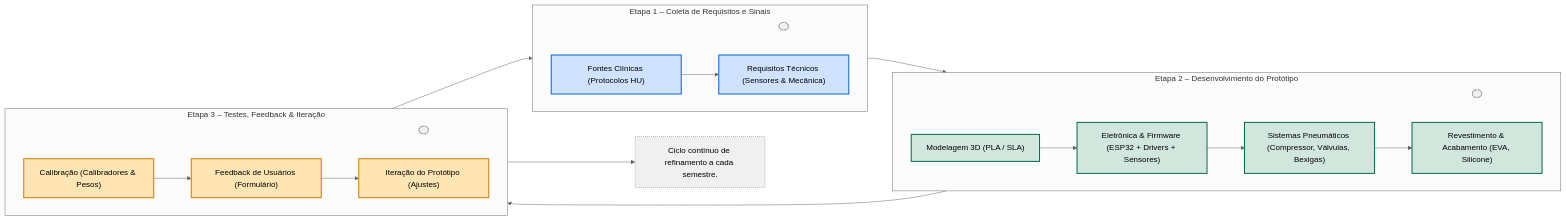
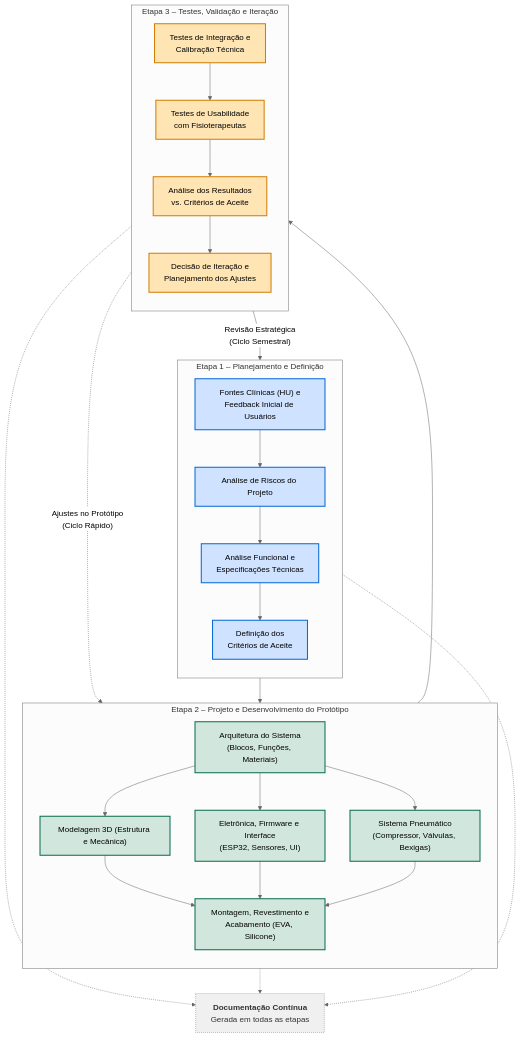
One commit to gwassem/simulator-respiratorio-UH-MEIU-PG changed the diagram in assets/framework.mermaid. Above: the diagram before and after it, drawn with Mermaid (neutral theme).

Commit message:
Framework Adjustments

```diff
--- a/assets/framework.mermaid
+++ b/assets/framework.mermaid
@@ -1,46 +1,54 @@
-flowchart LR
-  %% Definição de Estilos
-  classDef blue fill:#cfe2ff,stroke:#0366d6,stroke-width:2px;
-  classDef green fill:#d1e7dd,stroke:#046b4c,stroke-width:2px;
-  classDef orange fill:#ffe5b4,stroke:#d17b00,stroke-width:2px;
-  classDef gray fill:#f0f0f0,stroke:#888888,stroke-width:1px,stroke-dasharray: 2 2;
+flowchart TD
+  %% --- Definição de Estilos ---
+  classDef etapa1 fill:#cfe2ff,stroke:#0366d6,stroke-width:2px,color:#000;
+  classDef etapa2 fill:#d1e7dd,stroke:#046b4c,stroke-width:2px,color:#000;
+  classDef etapa3 fill:#ffe5b4,stroke:#d17b00,stroke-width:2px,color:#000;
+  classDef note fill:#f0f0f0,stroke:#888888,stroke-width:1px,stroke-dasharray: 2 2,color:#333;
 
-  %% Espaçadores para evitar sobreposição de títulos
-  subgraph "Etapa 1 – Coleta de Requisitos e Sinais"
-    direction LR
-    spacer1([ ]):::gray
-    A1["Fontes Clínicas (Protocolos HU)"]:::blue
-    A2["Requisitos Técnicos (Sensores & Mecânica)"]:::blue
+  %% --- Etapa 1: Planejamento e Definição ---
+  subgraph "Etapa 1 – Planejamento e Definição"
+    direction TB
+    A1["Fontes Clínicas (HU) e<br>Feedback Inicial de Usuários"]:::etapa1
+    A2["Análise de Riscos do Projeto"]:::etapa1
+    A3["Análise Funcional e<br>Especificações Técnicas"]:::etapa1
+    A4["Definição dos<br>Critérios de Aceite"]:::etapa1
   end
 
-  subgraph "Etapa 2 – Desenvolvimento do Protótipo"
-    direction LR
-    spacer2([ ]):::gray
-    B1["Modelagem 3D (PLA / SLA)"]:::green
-    B2["Eletrônica & Firmware (ESP32 + Drivers + Sensores)"]:::green
-    B3["Sistemas Pneumáticos (Compressor, Válvulas, Bexigas)"]:::green
-    B4["Revestimento & Acabamento (EVA, Silicone)"]:::green
+  %% --- Etapa 2: Projeto e Desenvolvimento ---
+  subgraph "Etapa 2 – Projeto e Desenvolvimento do Protótipo"
+    direction TB
+    B1["Arquitetura do Sistema<br>(Blocos, Funções, Materiais)"]:::etapa2
+    B2["Modelagem 3D (Estrutura e Mecânica)"]:::etapa2
+    B3["Eletrônica, Firmware e Interface<br>(ESP32, Sensores, UI)"]:::etapa2
+    B4["Sistema Pneumático<br>(Compressor, Válvulas, Bexigas)"]:::etapa2
+    B5["Montagem, Revestimento e<br>Acabamento (EVA, Silicone)"]:::etapa2
   end
 
-  subgraph "Etapa 3 – Testes, Feedback & Iteração"
-    direction LR
-    spacer3([ ]):::gray
-    C1["Calibração (Calibradores & Pesos)"]:::orange
-    C2["Feedback de Usuários (Formulário)"]:::orange
-    C3["Iteração do Protótipo (Ajustes)"]:::orange
+  %% --- Etapa 3: Testes, Validação e Iteração ---
+  subgraph "Etapa 3 – Testes, Validação e Iteração"
+    direction TB
+    C1["Testes de Integração e<br>Calibração Técnica"]:::etapa3
+    C2["Testes de Usabilidade<br>com Fisioterapeutas"]:::etapa3
+    C3["Análise dos Resultados<br>vs. Critérios de Aceite"]:::etapa3
+    C4["Decisão de Iteração e<br>Planejamento dos Ajustes"]:::etapa3
   end
 
-  %% Fluxos
-  A1 --> A2
-  A2 --> B1
-  B1 --> B2
-  B2 --> B3
-  B3 --> B4
-  B4 --> C1
-  C1 --> C2
-  C2 --> C3
-  C3 --> A1
+  %% --- Fluxos Principais ---
+  A1 --> A2 --> A3 --> A4
+  A4 --> B1
+  B1 --> B2 & B3 & B4
+  B2 --> B5
+  B3 --> B5
+  B4 --> B5
+  B5 --> C1
+  C1 --> C2 --> C3 --> C4
 
-  %% Nota de Apoio
-  Note["Ciclo contínuo de refinamento a cada semestre."]:::gray
-  C3 --> Note
+  %% --- Ciclos de Feedback e Iteração ---
+  C4 -.->|"Ajustes no Protótipo<br>(Ciclo Rápido)"| B1
+  C4 -->|"Revisão Estratégica<br>(Ciclo Semestral)"| A1
+
+  %% --- Nota Adicional ---
+  N1["<b>Documentação Contínua</b><br>Gerada em todas as etapas"]:::note
+  A4 -.-> N1
+  B5 -.-> N1
+  C4 -.-> N1
```
